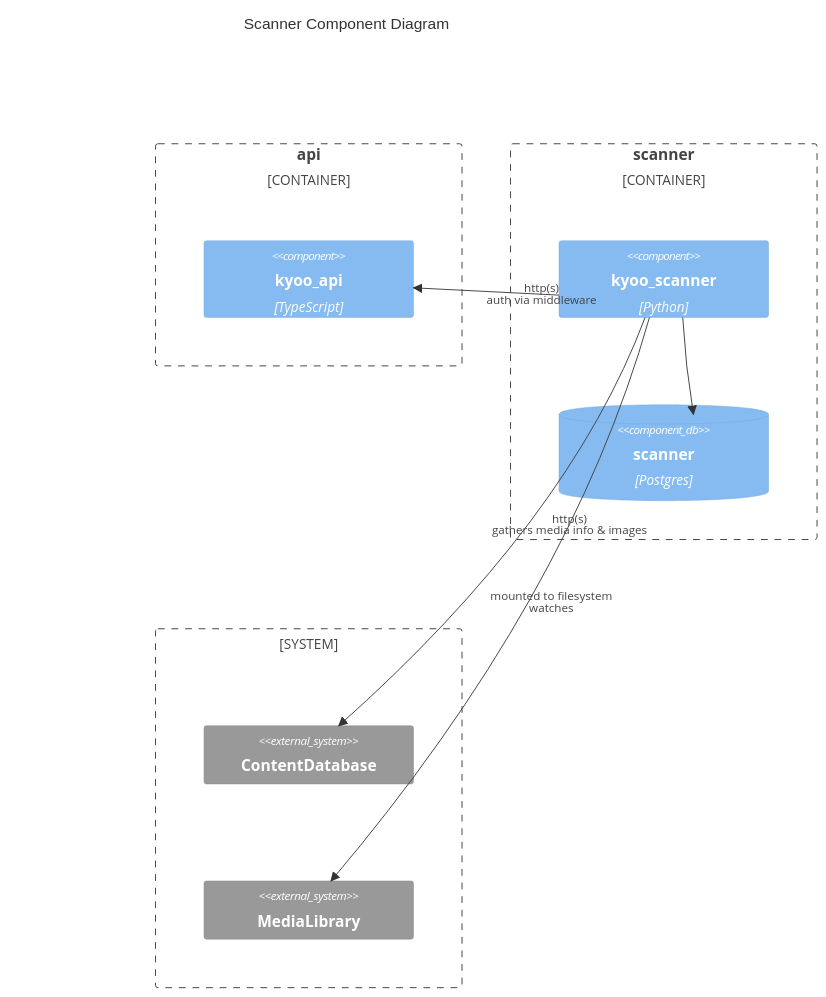
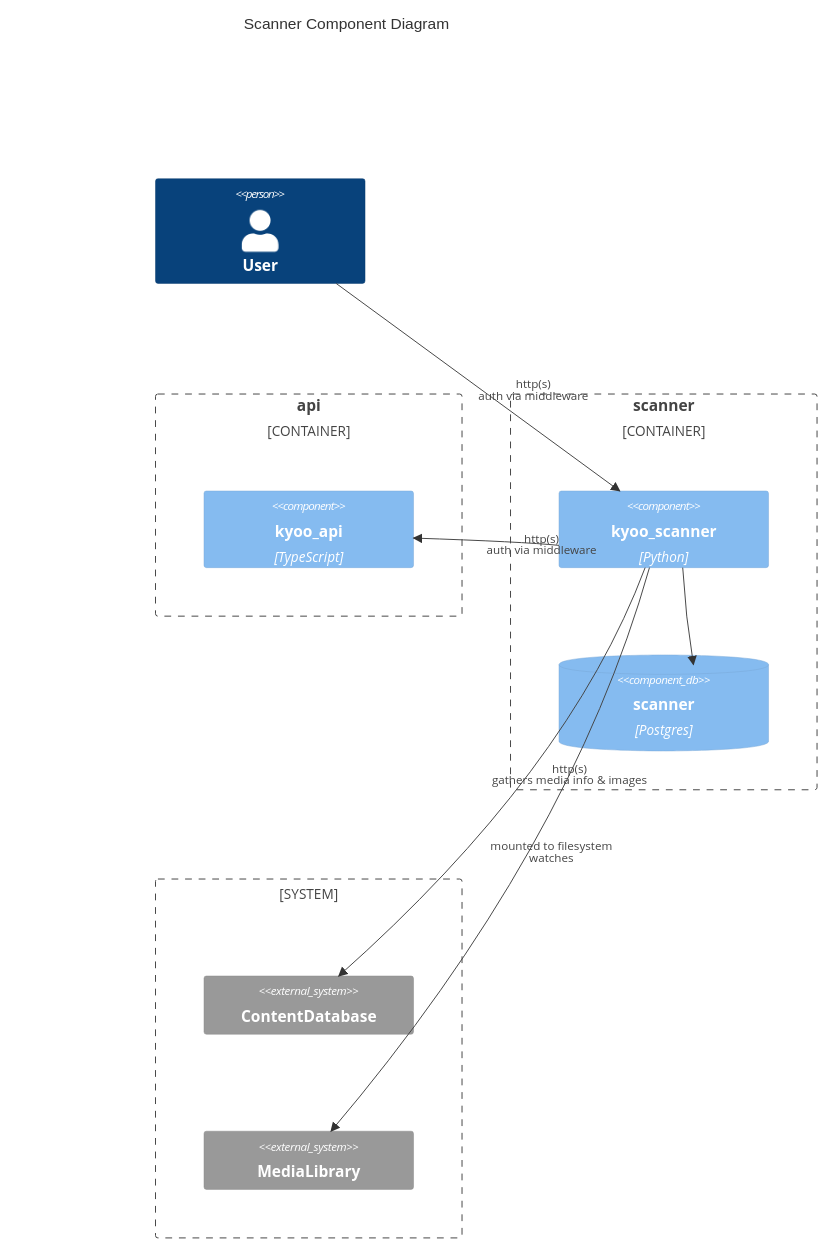
Before and after one commit to zoriya/Kyoo: the eighth of 8 diagrams in DIAGRAMS.md, drawn with Mermaid. The commit also changed other lines of this file, not shown here.

Commit message:
update metadata storage + scanner docs

````diff
--- a/DIAGRAMS.md
+++ b/DIAGRAMS.md
@@ -220,24 +219,27 @@
 ```mermaid
 C4Component
   UpdateLayoutConfig($c4ShapeInRow="5", $c4BoundaryInRow="2")
   
   title Scanner Component Diagram
+
+  Person(user, "User")
 
   Container_Boundary(api, "api") {
     Component(api_c1, "kyoo_api", "TypeScript", "")
   }
 
   Container_Boundary(scanner, "scanner") {
     Component(scanner_c1, "kyoo_scanner", "Python", "")
     ComponentDb(scanner_db1, "scanner", "Postgres", "")
   }
   System_Boundary(external, "") {
     System_Ext(content, "ContentDatabase", "")
     System_Ext(media, "MediaLibrary", "")
   }
 
+  Rel(user, scanner_c1, "http(s) <br/> auth via middleware")
   Rel(scanner_c1, api_c1, "http(s) <br/> auth via middleware")
   Rel(scanner_c1, scanner_db1, "")
   Rel(scanner_c1, content, "http(s) <br/> gathers media info & images")
   Rel(scanner_c1, media, "mounted to filesystem <br/> watches")
 ```
````
